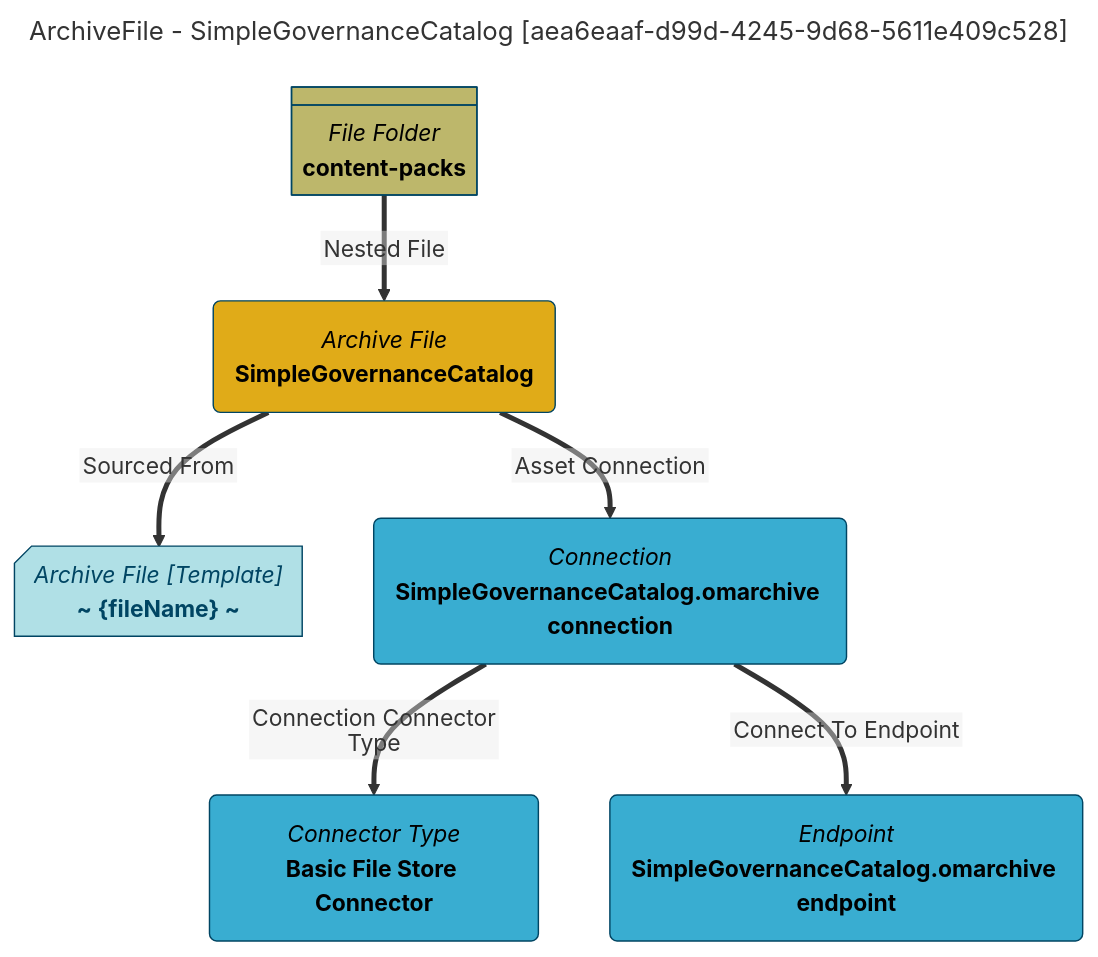
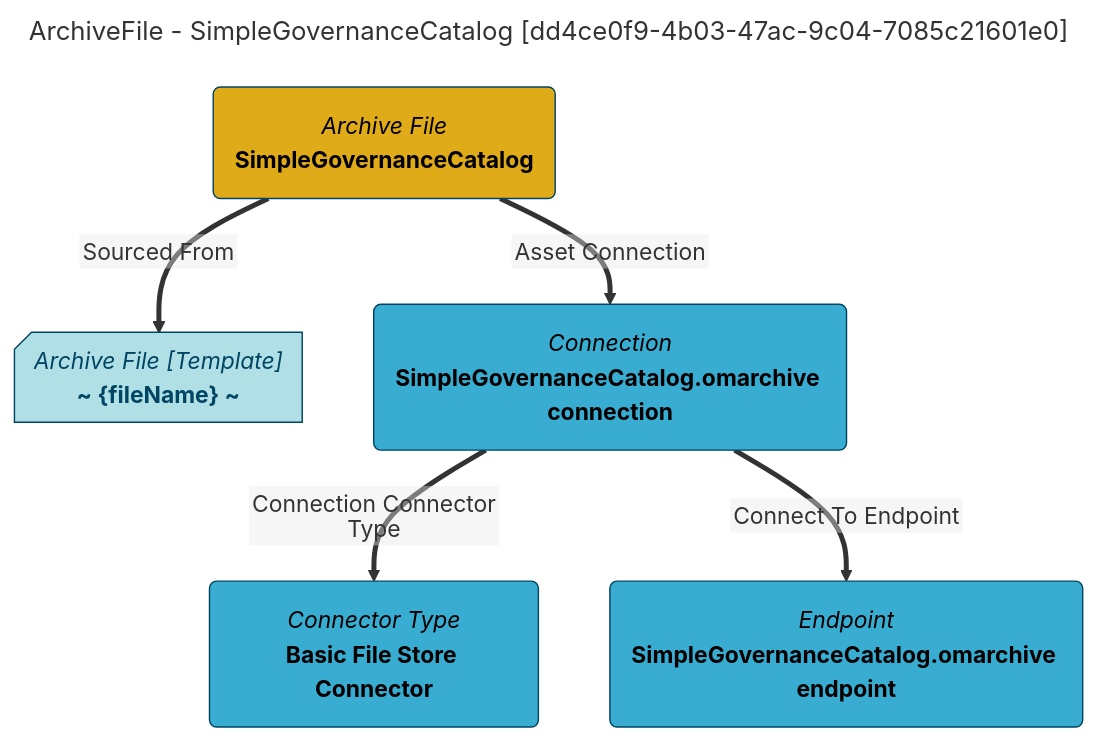
The diagram in site/snippets/data-assets/simplegovernancecatalog-mermaid-graph.md (odpi/egeria-docs), drawn with Mermaid before and after one commit. The commit also changed 2201 other files, not shown here.

````diff
--- a/site/snippets/data-assets/simplegovernancecatalog-mermaid-graph.md
+++ b/site/snippets/data-assets/simplegovernancecatalog-mermaid-graph.md
@@ -1,31 +1,27 @@
 ```mermaid
 ---
-title: ArchiveFile - SimpleGovernanceCatalog [aea6eaaf-d99d-4245-9d68-5611e409c528]
+title: ArchiveFile - SimpleGovernanceCatalog [dd4ce0f9-4b03-47ac-9c04-7085c21601e0]
 ---
 flowchart TD
 %%{init: {"flowchart": {"htmlLabels": false}} }%%
 
 1@{ shape: rounded, label: "*Archive File*
 **SimpleGovernanceCatalog**"}
 2@{ shape: card, label: "*Archive File [Template]*
 **~ {fileName} ~**"}
 1==>|"Sourced From"|2
 3@{ shape: rounded, label: "*Connection*
 **SimpleGovernanceCatalog.omarchive connection**"}
 1==>|"Asset Connection"|3
 4@{ shape: rounded, label: "*Connector Type*
 **Basic File Store Connector**"}
 3==>|"Connection Connector Type"|4
 5@{ shape: rounded, label: "*Endpoint*
 **SimpleGovernanceCatalog.omarchive endpoint**"}
 3==>|"Connect To Endpoint"|5
-6@{ shape: div-rect, label: "*File Folder*
-**content-packs**"}
-6==>|"Nested File"|1
 style 1 color:#000000, fill:#e0ab18, stroke:#004563
 style 2 color:#004563, fill:#b0e0e6, stroke:#004563
 style 3 color:#000000, fill:#39add1, stroke:#004563
 style 4 color:#000000, fill:#39add1, stroke:#004563
 style 5 color:#000000, fill:#39add1, stroke:#004563
-style 6 color:#000000, fill:#bdb76b, stroke:#004563
 ```
````
